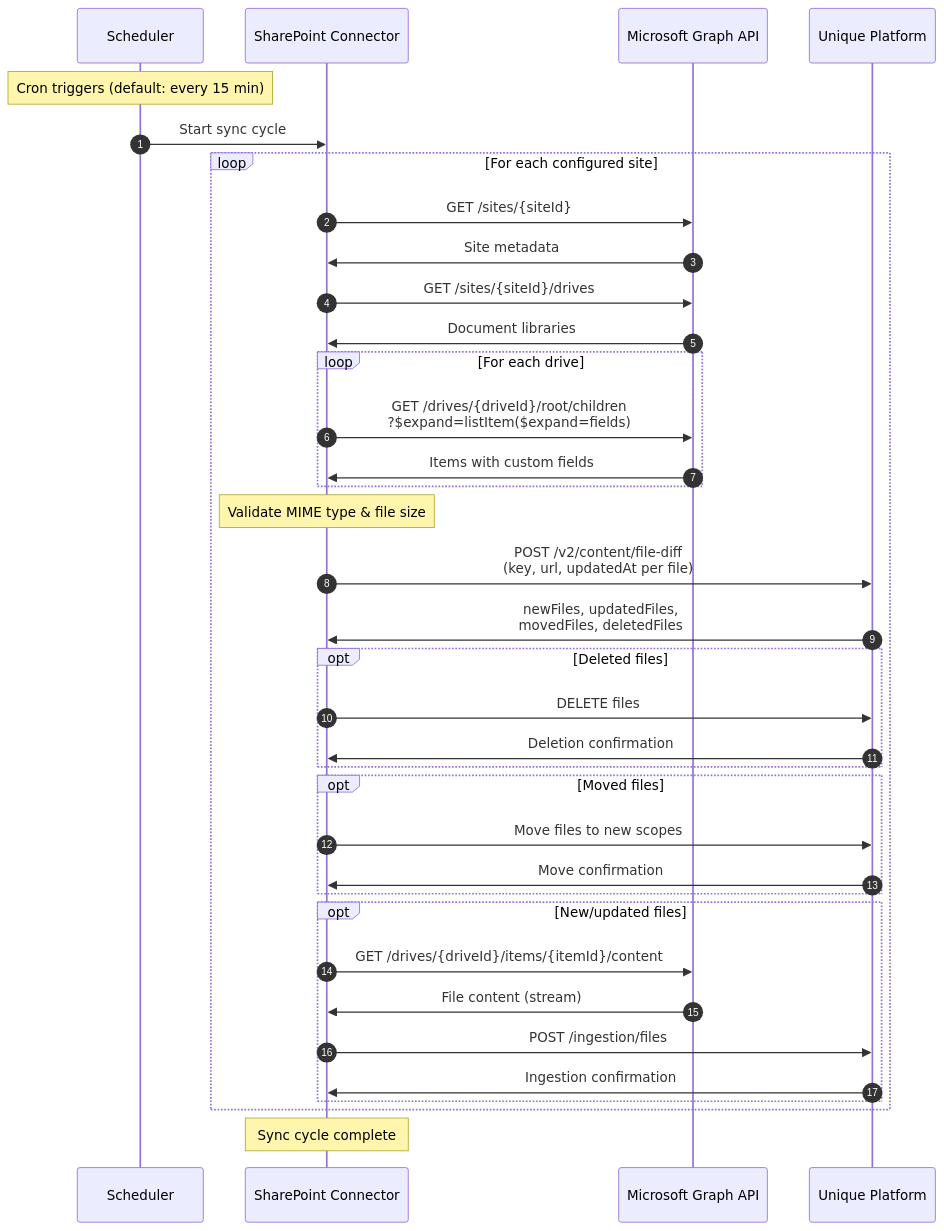
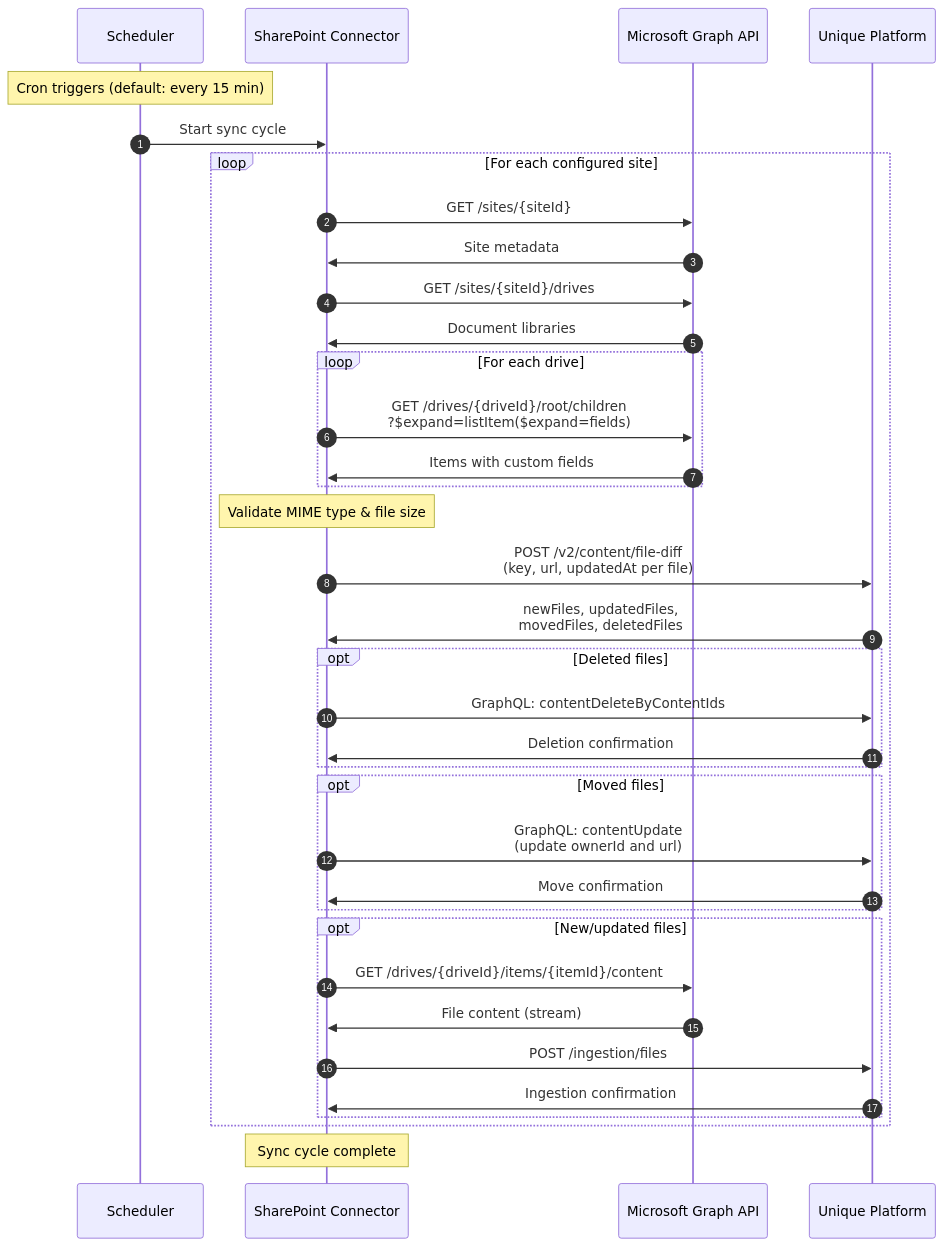
The second of 10 diagrams in services/sharepoint-connector/docs/technical/flows.md (Unique-AG/connectors), drawn with Mermaid before and after one commit. The commit also changed other lines of this file and 4 other files, not shown here.

````diff
--- a/services/sharepoint-connector/docs/technical/flows.md
+++ b/services/sharepoint-connector/docs/technical/flows.md
@@ -48,48 +47,48 @@
 ```mermaid
 sequenceDiagram
     autonumber
     participant Scheduler
     participant Connector as SharePoint Connector
     participant Graph as Microsoft Graph API
     participant Unique as Unique Platform
 
     Note over Scheduler: Cron triggers (default: every 15 min)
     Scheduler->>Connector: Start sync cycle
 
     loop For each configured site
         Connector->>Graph: GET /sites/{siteId}
         Graph->>Connector: Site metadata
 
         Connector->>Graph: GET /sites/{siteId}/drives
         Graph->>Connector: Document libraries
 
         loop For each drive
             Connector->>Graph: GET /drives/{driveId}/root/children<br/>?$expand=listItem($expand=fields)
             Graph->>Connector: Items with custom fields
         end
 
         Note over Connector: Validate MIME type & file size
 
         Connector->>Unique: POST /v2/content/file-diff<br/>(key, url, updatedAt per file)
         Unique->>Connector: newFiles, updatedFiles,<br/>movedFiles, deletedFiles
 
         opt Deleted files
-            Connector->>Unique: DELETE files
+            Connector->>Unique: GraphQL: contentDeleteByContentIds
             Unique->>Connector: Deletion confirmation
         end
 
         opt Moved files
-            Connector->>Unique: Move files to new scopes
+            Connector->>Unique: GraphQL: contentUpdate<br/>(update ownerId and url)
             Unique->>Connector: Move confirmation
         end
 
         opt New/updated files
             Connector->>Graph: GET /drives/{driveId}/items/{itemId}/content
             Graph->>Connector: File content (stream)
             Connector->>Unique: POST /ingestion/files
             Unique->>Connector: Ingestion confirmation
         end
     end
 
     Note over Connector: Sync cycle complete
 ```
````
